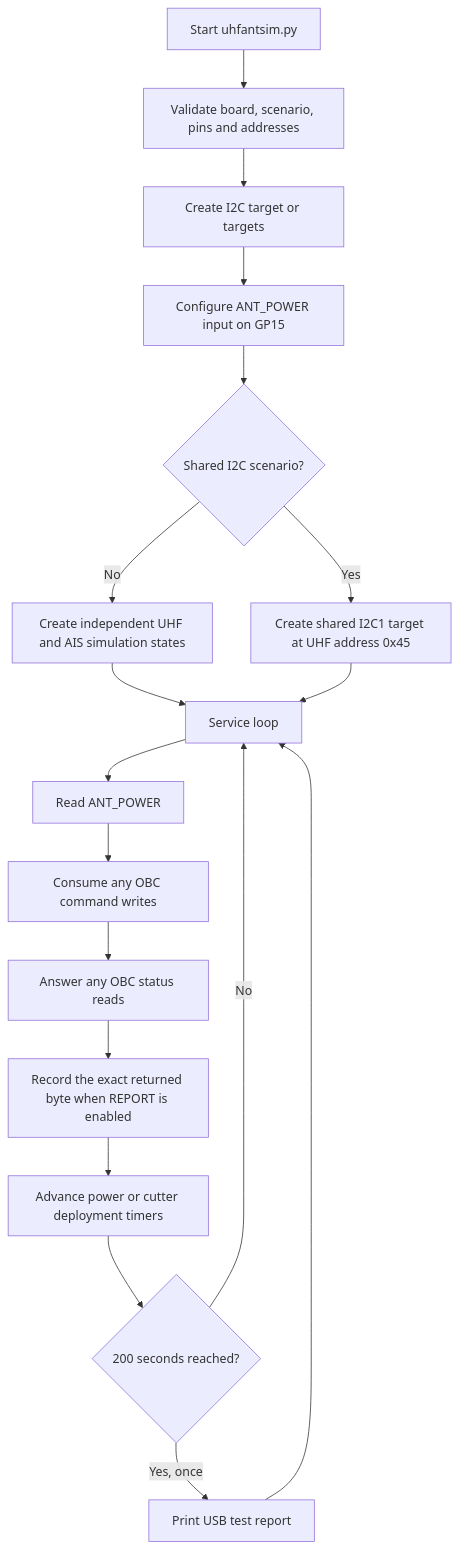
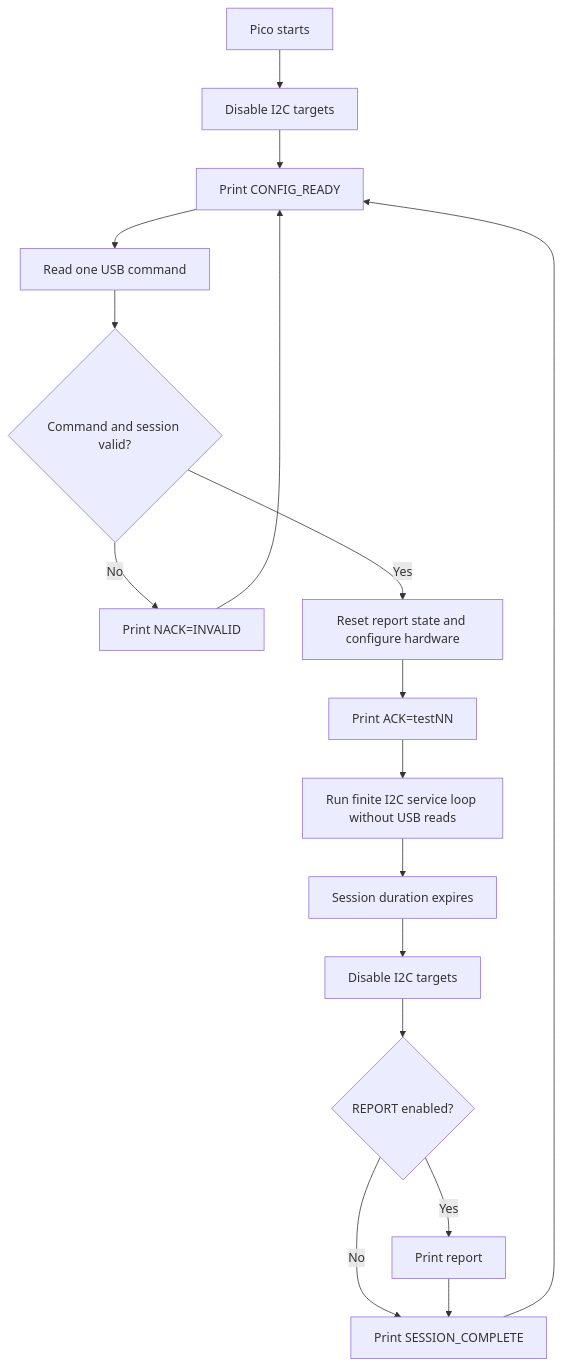
The diagram in UhfAntSim/README.md (ps-amey/deployment-simulators), drawn with Mermaid before and after one commit. The commit also changed other lines of this file and 5 other files, not shown here.

````diff
--- a/UhfAntSim/README.md
+++ b/UhfAntSim/README.md
@@ -99,21 +115,19 @@
 ```mermaid
 flowchart TD
-    A[Start uhfantsim.py] --> B[Validate board, scenario, pins and addresses]
-    B --> C[Create I2C target or targets]
-    C --> D[Configure ANT_POWER input on GP15]
-    D --> E{Shared I2C scenario?}
-    E -- No --> F[Create independent UHF and AIS simulation states]
-    E -- Yes --> G[Create shared I2C1 target at UHF address 0x45]
-
-    F --> H[Service loop]
-    G --> H
-    H --> I[Read ANT_POWER]
-    I --> J[Consume any OBC command writes]
-    J --> K[Answer any OBC status reads]
-    K --> L[Record the exact returned byte when REPORT is enabled]
-    L --> M[Advance power or cutter deployment timers]
-    M --> N{200 seconds reached?}
-    N -- Yes, once --> O[Print USB test report]
-    N -- No --> H
-    O --> H
+    A[Pico starts] --> B[Disable I2C targets]
+    B --> C[Print CONFIG_READY]
+    C --> D[Read one USB command]
+    D --> E{Command and session valid?}
+    E -- No --> F[Print NACK=INVALID]
+    F --> C
+    E -- Yes --> G[Reset report state and configure hardware]
+    G --> H[Print ACK=testNN]
+    H --> I[Run finite I2C service loop without USB reads]
+    I --> J[Session duration expires]
+    J --> K[Disable I2C targets]
+    K --> L{REPORT enabled?}
+    L -- Yes --> M[Print report]
+    L -- No --> N[Print SESSION_COMPLETE]
+    M --> N
+    N --> C
 ```
````
